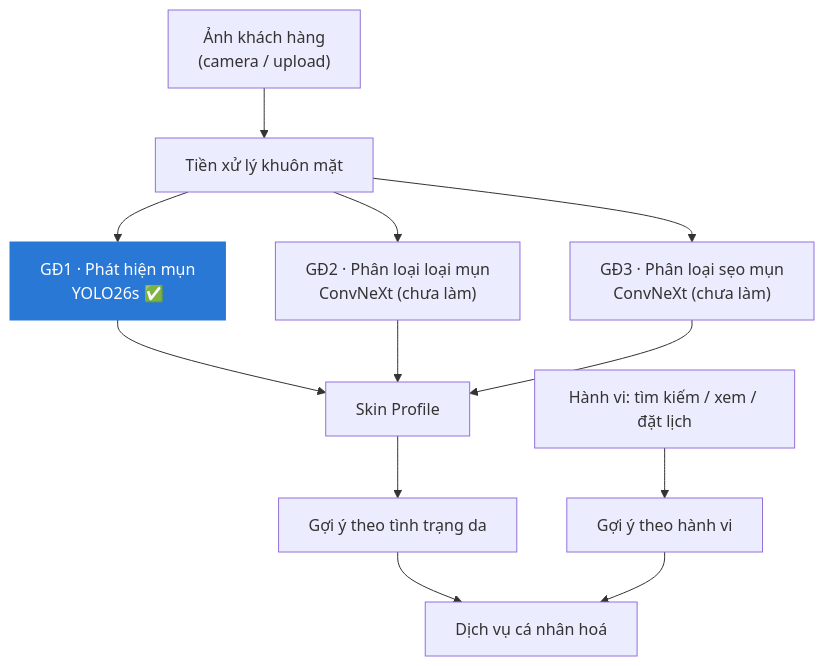
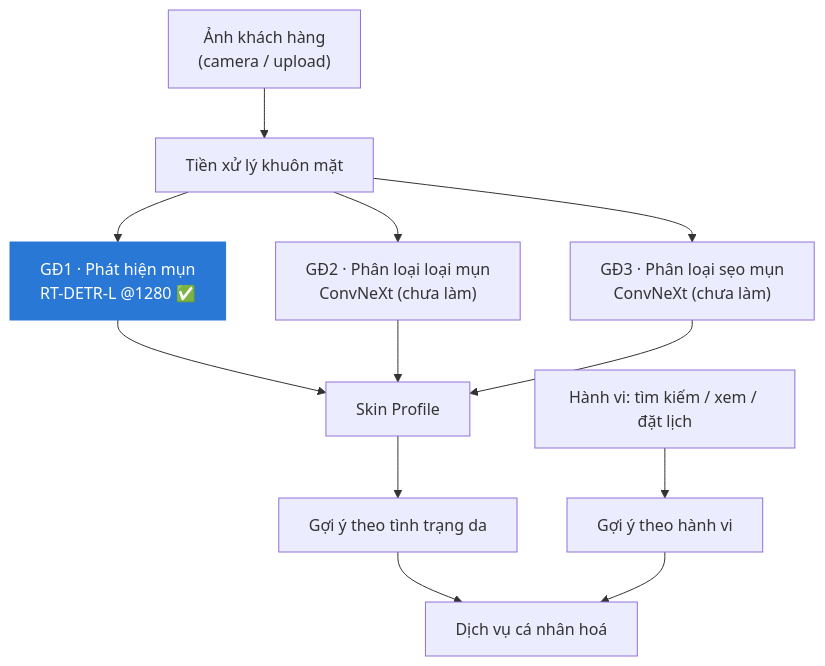
One commit to dangkhoa18052004/BinSpa_AI changed the first of 3 diagrams in README.md. Above: the diagram before and after it, drawn with Mermaid. The commit also changed other lines of this file and 103 other files, not shown here.

````diff
--- a/README.md
+++ b/README.md
@@ -47,15 +49,15 @@
 ```mermaid
 flowchart TD
     A["Ảnh khách hàng<br/>(camera / upload)"] --> B["Tiền xử lý khuôn mặt"]
-    B --> P1["GĐ1 · Phát hiện mụn<br/>YOLO26s ✅"]
+    B --> P1["GĐ1 · Phát hiện mụn<br/>RT-DETR-L @1280 ✅"]
     B --> P2["GĐ2 · Phân loại loại mụn<br/>ConvNeXt (chưa làm)"]
     B --> P3["GĐ3 · Phân loại sẹo mụn<br/>ConvNeXt (chưa làm)"]
     P1 --> S["Skin Profile"]
     P2 --> S
     P3 --> S
     S --> R1["Gợi ý theo tình trạng da"]
     H["Hành vi: tìm kiếm / xem / đặt lịch"] --> R2["Gợi ý theo hành vi"]
     R1 --> SV["Dịch vụ cá nhân hoá"]
     R2 --> SV
     style P1 fill:#2a78d6,color:#fff,stroke:#2a78d6
 ```
````
